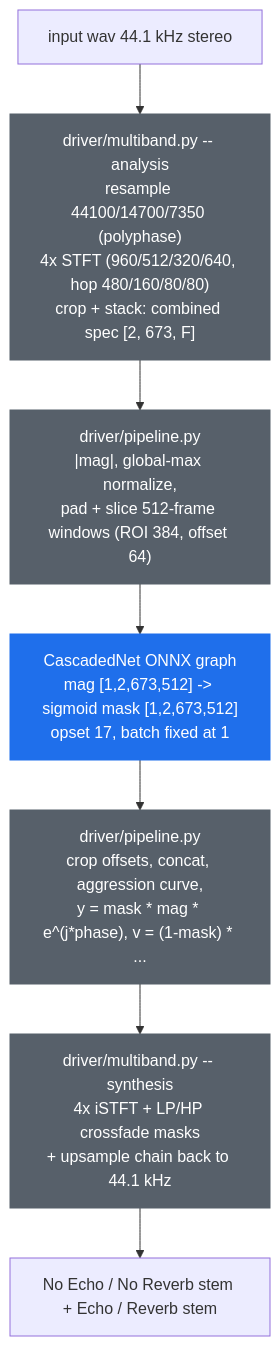
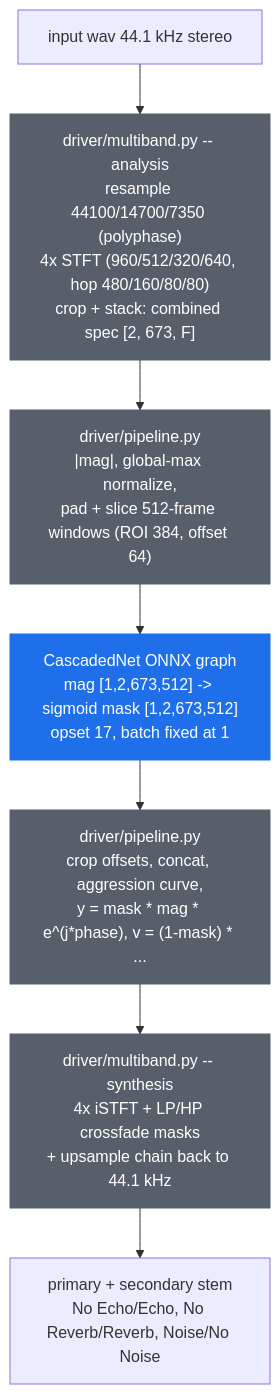
One commit to santiquiroz/port-uvr-deecho-onnx changed the diagram in README.md. Above: the diagram before and after it, drawn with Mermaid. The commit also changed other lines of this file, not shown here.

````diff
--- a/README.md
+++ b/README.md
@@ -50,12 +77,12 @@
 ```mermaid
 flowchart TB
     classDef onnx fill:#1f6feb,color:#fff,stroke:#1f6feb;
     classDef driver fill:#57606a,color:#fff,stroke:#57606a;
 
     In["input wav 44.1 kHz stereo"] --> Pre
     Pre["driver/multiband.py -- analysis<br/>resample 44100/14700/7350 (polyphase)<br/>4x STFT (960/512/320/640, hop 480/160/80/80)<br/>crop + stack: combined spec [2, 673, F]"]:::driver --> Win
     Win["driver/pipeline.py<br/>|mag|, global-max normalize,<br/>pad + slice 512-frame windows (ROI 384, offset 64)"]:::driver --> Net
     Net["CascadedNet ONNX graph<br/>mag [1,2,673,512] -> sigmoid mask [1,2,673,512]<br/>opset 17, batch fixed at 1"]:::onnx --> Post
     Post["driver/pipeline.py<br/>crop offsets, concat, aggression curve,<br/>y = mask * mag * e^(j*phase), v = (1-mask) * ..."]:::driver --> Synth
-    Synth["driver/multiband.py -- synthesis<br/>4x iSTFT + LP/HP crossfade masks<br/>+ upsample chain back to 44.1 kHz"]:::driver --> Out["No Echo / No Reverb stem + Echo / Reverb stem"]
+    Synth["driver/multiband.py -- synthesis<br/>4x iSTFT + LP/HP crossfade masks<br/>+ upsample chain back to 44.1 kHz"]:::driver --> Out["primary + secondary stem<br/>No Echo/Echo, No Reverb/Reverb, Noise/No Noise"]
 ```
````
